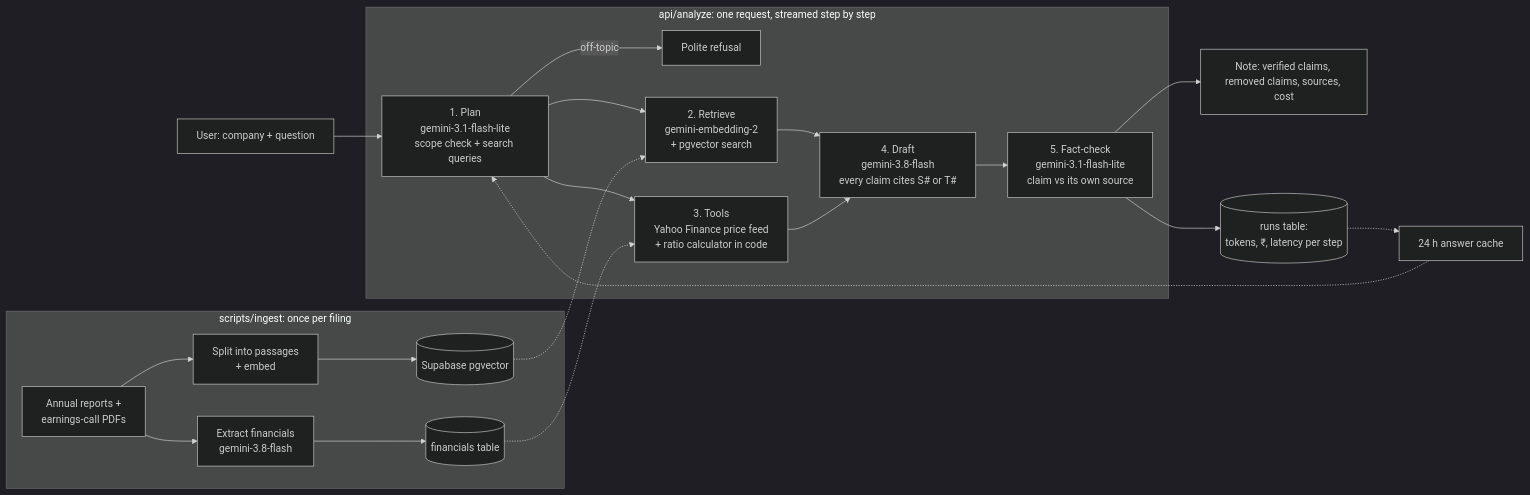
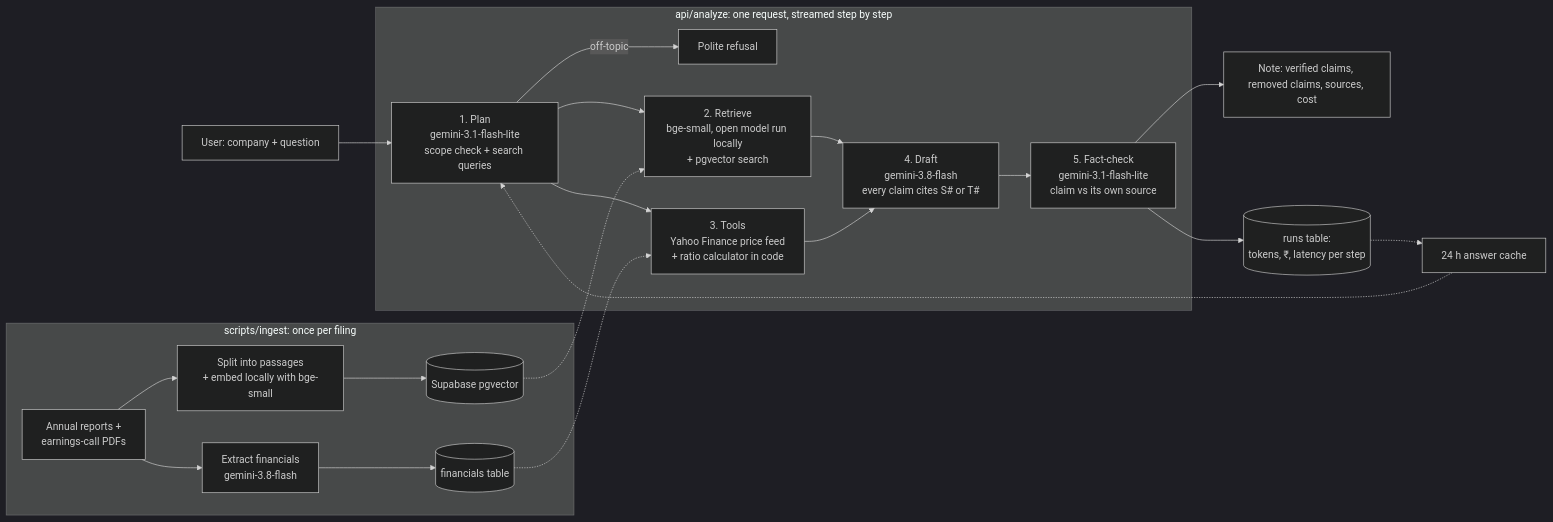
The diagram in docs/architecture.md (randervanshita-hub/GENAI-GROUP), drawn with Mermaid (dark theme) before and after one commit. The commit also changed other lines of this file and 15 other files, not shown here.

First line of the commit message:
Switch embeddings to local open-source bge-small (free, no quota)

````diff
--- a/docs/architecture.md
+++ b/docs/architecture.md
@@ -3,26 +3,26 @@
 ```mermaid
 flowchart LR
   U[User: company + question] --> P
 
   subgraph Pipeline [api/analyze: one request, streamed step by step]
     P[1. Plan<br/>gemini-3.1-flash-lite<br/>scope check + search queries]
     P -->|off-topic| X[Polite refusal]
-    P --> R[2. Retrieve<br/>gemini-embedding-2<br/>+ pgvector search]
+    P --> R[2. Retrieve<br/>bge-small, open model run locally<br/>+ pgvector search]
     P --> T[3. Tools<br/>Yahoo Finance price feed<br/>+ ratio calculator in code]
     R --> D[4. Draft<br/>gemini-3.8-flash<br/>every claim cites S# or T#]
     T --> D
     D --> C[5. Fact-check<br/>gemini-3.1-flash-lite<br/>claim vs its own source]
   end
 
   C --> O[Note: verified claims, removed claims, sources, cost]
   C --> L[(runs table:<br/>tokens, ₹, latency per step)]
 
   subgraph Offline [scripts/ingest: once per filing]
-    F[Annual reports +<br/>earnings-call PDFs] --> K[Split into passages<br/>+ embed]
+    F[Annual reports +<br/>earnings-call PDFs] --> K[Split into passages<br/>+ embed locally with bge-small]
     K --> V[(Supabase pgvector)]
     F --> E[Extract financials<br/>gemini-3.8-flash] --> FIN[(financials table)]
   end
   V -.-> R
   FIN -.-> T
   L -.-> CACHE[24 h answer cache] -.-> P
 ```
````
